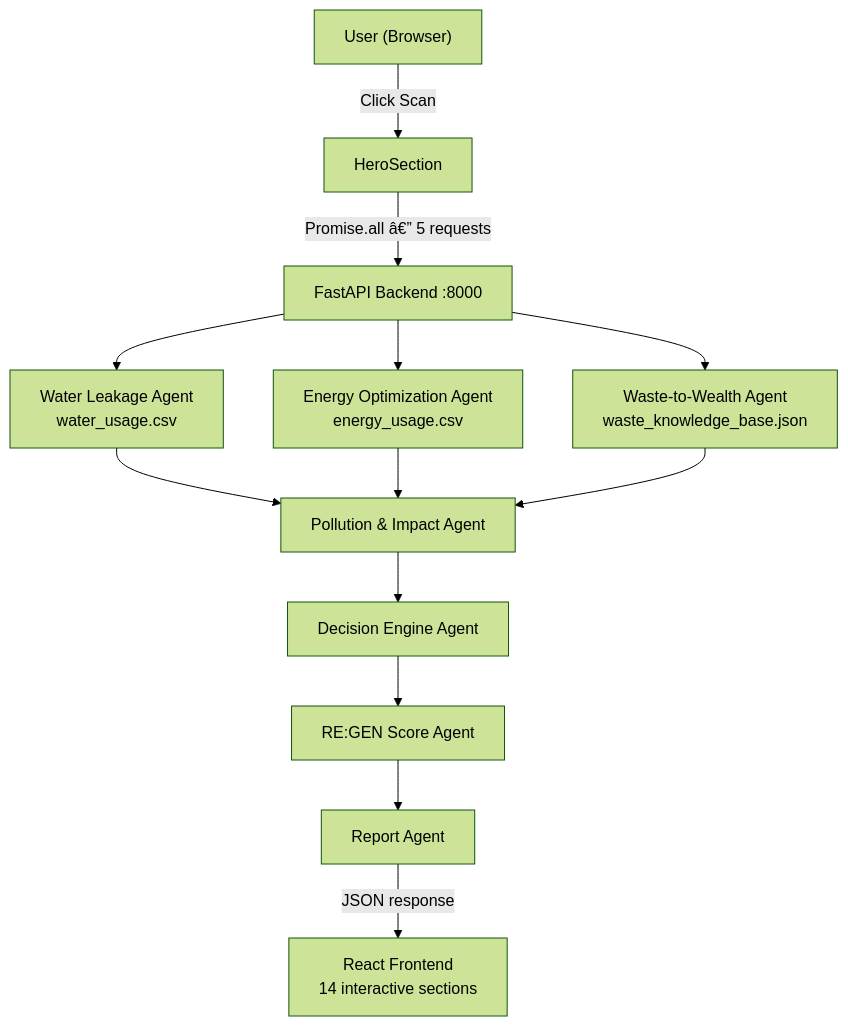
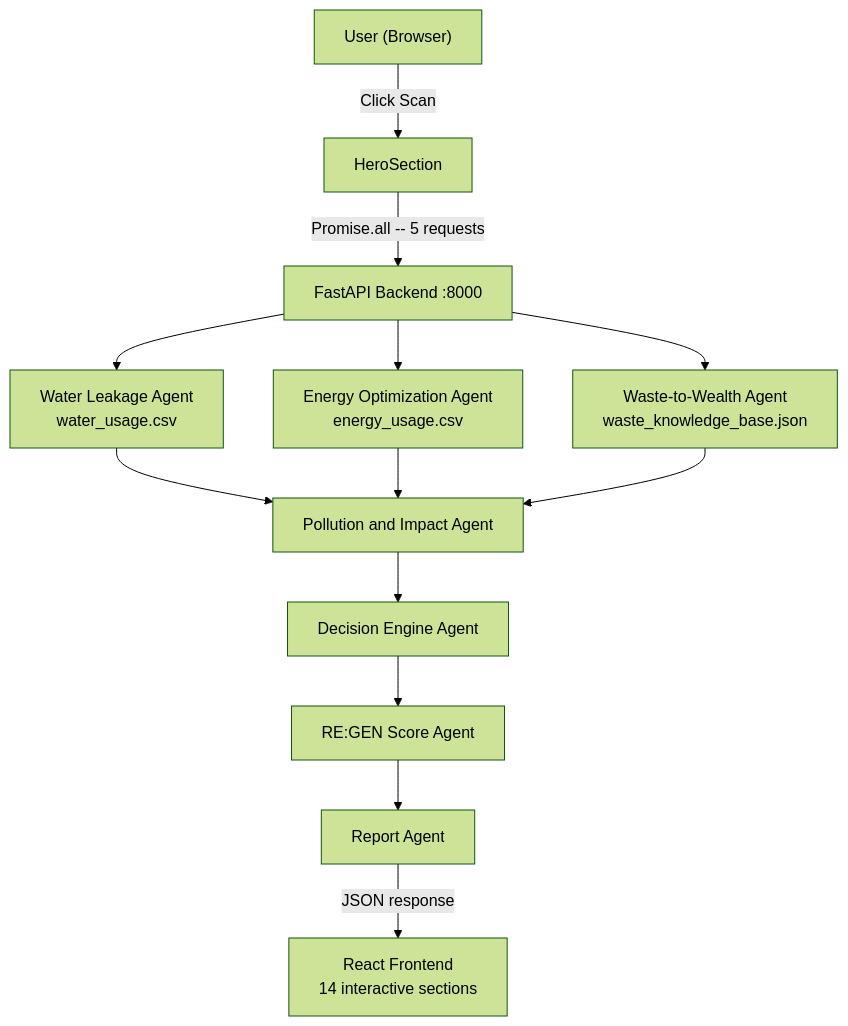
The first of 3 diagrams in README.md (DivyaShreeS09/RE-GEN-AI), drawn with Mermaid (forest theme) before and after one commit. The commit also changed other lines of this file, not shown here.

````diff
--- a/README.md
+++ b/README.md
@@ -36,19 +35,19 @@
 ```mermaid
 graph TD
     User["User (Browser)"] -->|"Click Scan"| Hero["HeroSection"]
-    Hero -->|"Promise.all â€” 5 requests"| API["FastAPI Backend :8000"]
+    Hero -->|"Promise.all -- 5 requests"| API["FastAPI Backend :8000"]
 
     API --> WA["Water Leakage Agent\nwater_usage.csv"]
     API --> EA["Energy Optimization Agent\nenergy_usage.csv"]
     API --> WsA["Waste-to-Wealth Agent\nwaste_knowledge_base.json"]
 
-    WA  --> IA["Pollution & Impact Agent"]
+    WA  --> IA["Pollution and Impact Agent"]
     EA  --> IA
     WsA --> IA
 
     IA  --> DA["Decision Engine Agent"]
     DA  --> SA["RE:GEN Score Agent"]
     SA  --> RA["Report Agent"]
 
     RA  -->|"JSON response"| FE["React Frontend\n14 interactive sections"]
 ```
````
